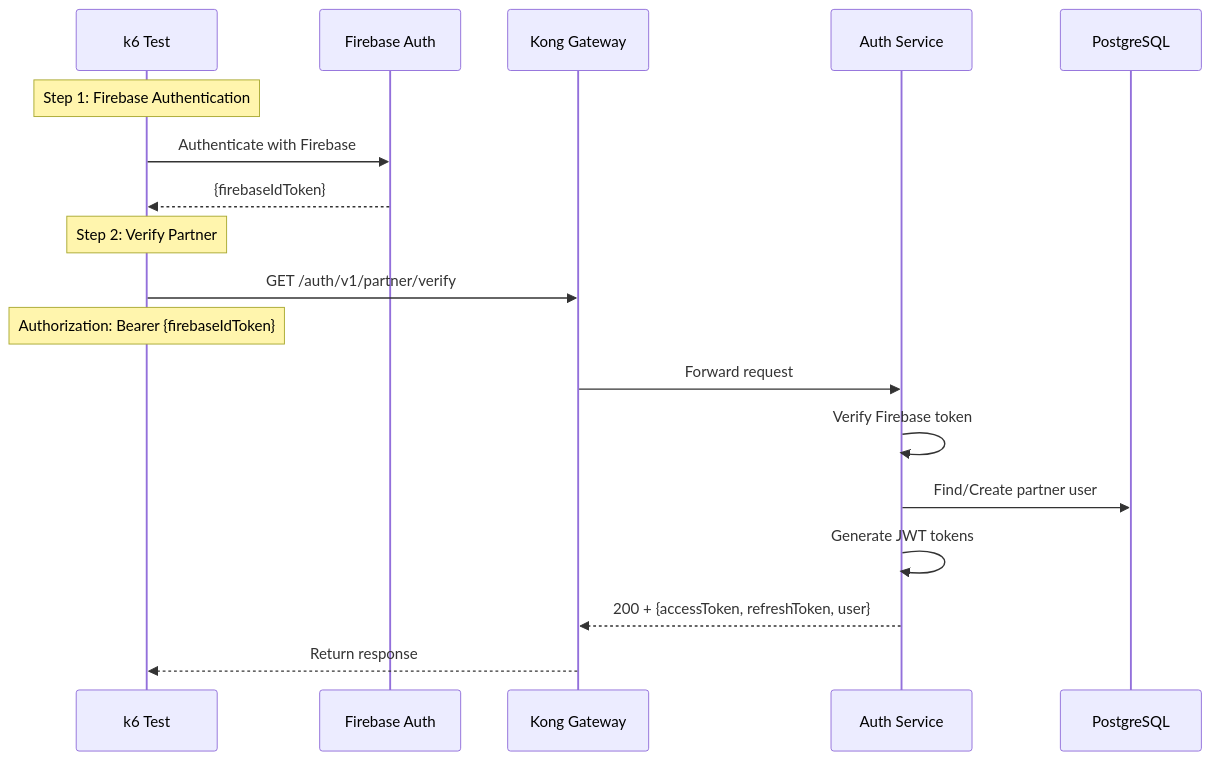
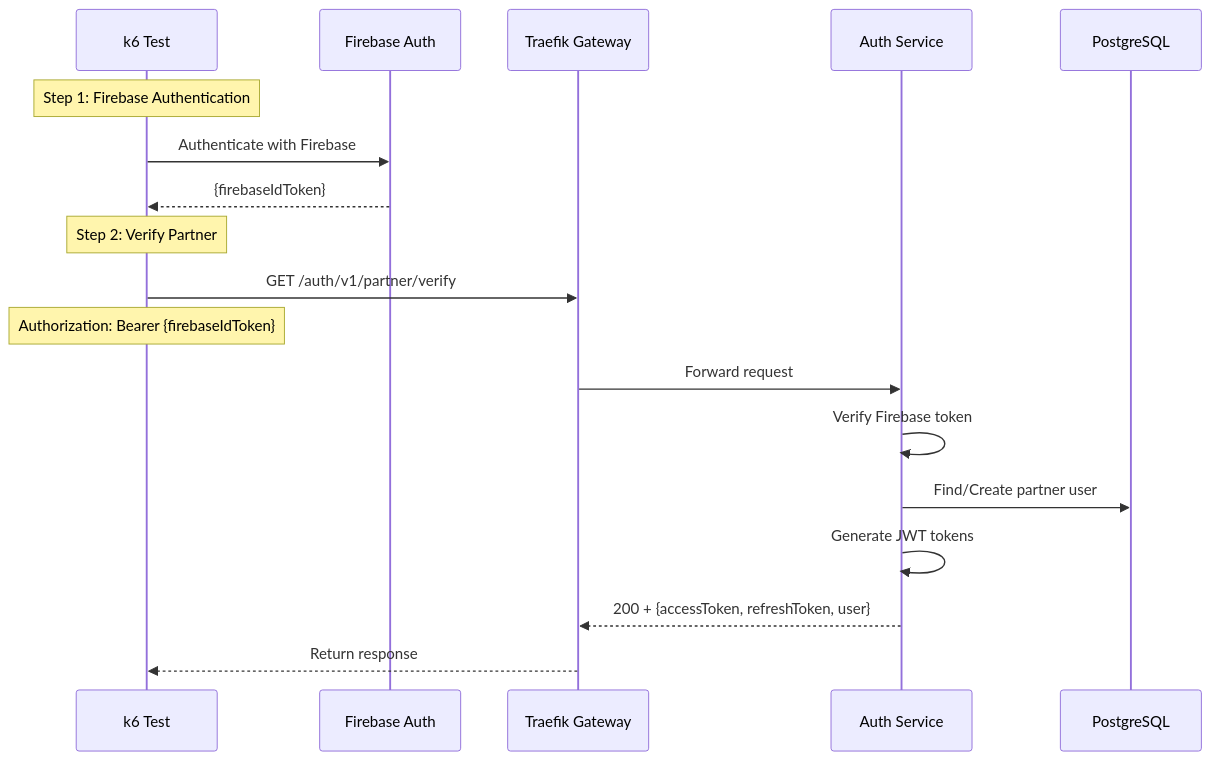
The diagram in k6-tests/src/flows/partner-verify-flow.md (tinhthanh/nestjs-microservices), drawn with Mermaid before and after one commit. The commit also changed 47 other files, not shown here.

````diff
--- a/k6-tests/src/flows/partner-verify-flow.md
+++ b/k6-tests/src/flows/partner-verify-flow.md
@@ -5,22 +5,22 @@
 ```mermaid
 sequenceDiagram
     participant K6 as k6 Test
     participant Firebase as Firebase Auth
-    participant Kong as Kong Gateway
+    participant Traefik as Traefik Gateway
     participant Auth as Auth Service
     participant DB as PostgreSQL
 
     Note over K6: Step 1: Firebase Authentication
     K6->>Firebase: Authenticate with Firebase
     Firebase-->>K6: {firebaseIdToken}
     
     Note over K6: Step 2: Verify Partner
-    K6->>Kong: GET /auth/v1/partner/verify
+    K6->>Traefik: GET /auth/v1/partner/verify
     Note over K6: Authorization: Bearer {firebaseIdToken}
-    Kong->>Auth: Forward request
+    Traefik->>Auth: Forward request
     Auth->>Auth: Verify Firebase token
     Auth->>DB: Find/Create partner user
     Auth->>Auth: Generate JWT tokens
-    Auth-->>Kong: 200 + {accessToken, refreshToken, user}
-    Kong-->>K6: Return response
+    Auth-->>Traefik: 200 + {accessToken, refreshToken, user}
+    Traefik-->>K6: Return response
 ```
````
